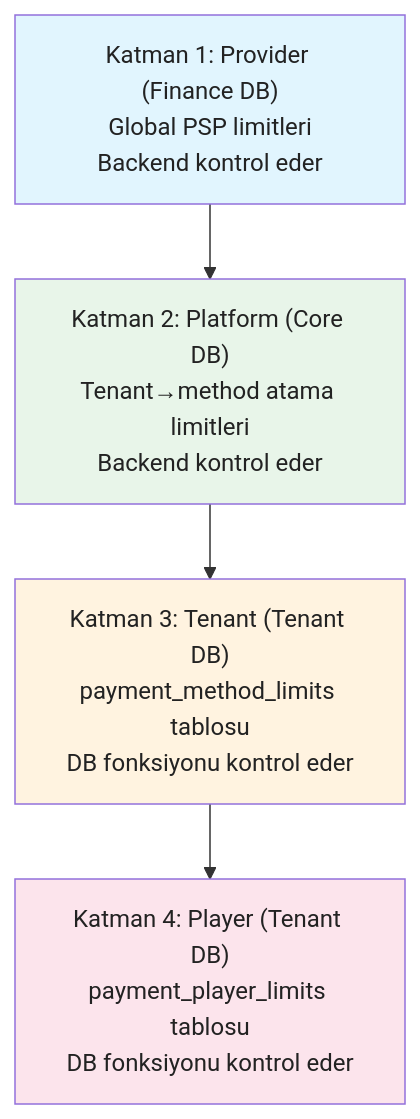
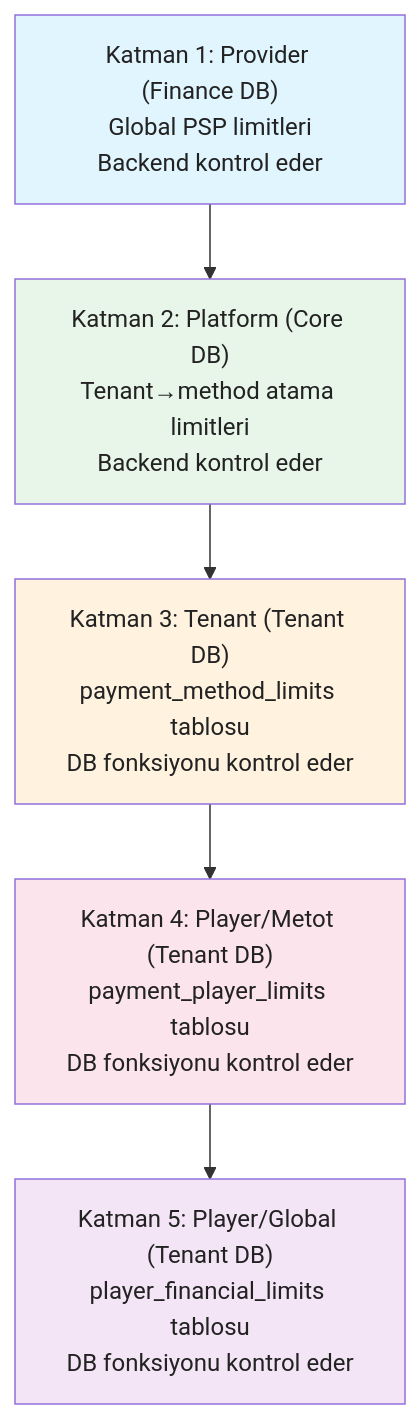
The third of 9 diagrams in .docs/guides/FINANCE_GATEWAY_GUIDE.md (frhtshn/One.DB), drawn with Mermaid before and after one commit. The commit also changed other lines of this file and 28 other files, not shown here.

Commit message:
feat(finance): Add player financial limits management functions and table

````diff
--- a/.docs/guides/FINANCE_GATEWAY_GUIDE.md
+++ b/.docs/guides/FINANCE_GATEWAY_GUIDE.md
@@ -137,12 +138,14 @@
 ```mermaid
 flowchart TD
     L1["Katman 1: Provider (Finance DB)<br/>Global PSP limitleri<br/>Backend kontrol eder"] --> L2
     L2["Katman 2: Platform (Core DB)<br/>Tenant→method atama limitleri<br/>Backend kontrol eder"] --> L3
     L3["Katman 3: Tenant (Tenant DB)<br/>payment_method_limits tablosu<br/>DB fonksiyonu kontrol eder"] --> L4
-    L4["Katman 4: Player (Tenant DB)<br/>payment_player_limits tablosu<br/>DB fonksiyonu kontrol eder"]
+    L4["Katman 4: Player/Metot (Tenant DB)<br/>payment_player_limits tablosu<br/>DB fonksiyonu kontrol eder"] --> L5
+    L5["Katman 5: Player/Global (Tenant DB)<br/>player_financial_limits tablosu<br/>DB fonksiyonu kontrol eder"]
 
     style L1 fill:#e1f5fe,color:#222
     style L2 fill:#e8f5e9,color:#222
     style L3 fill:#fff3e0,color:#222
     style L4 fill:#fce4ec,color:#222
+    style L5 fill:#f3e5f5,color:#222
 ```
````
